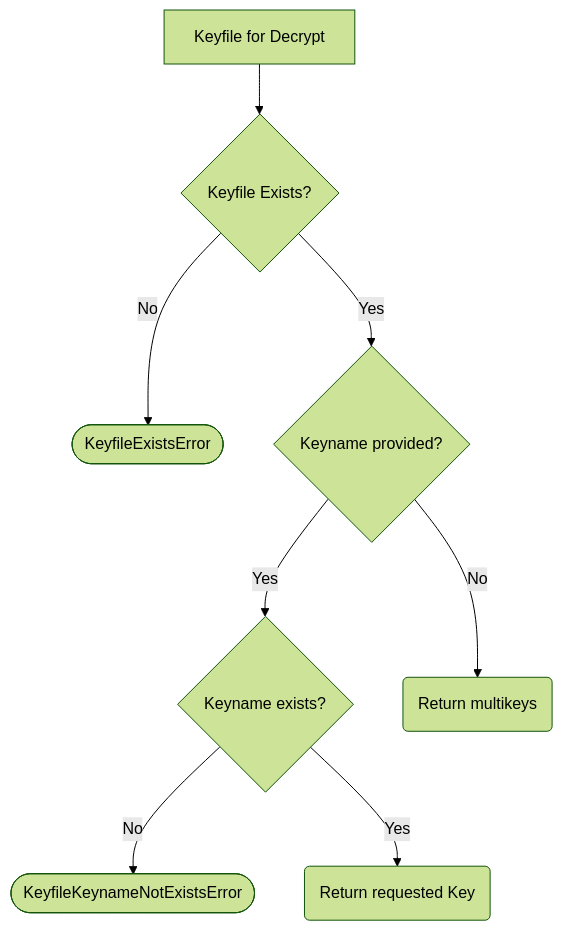
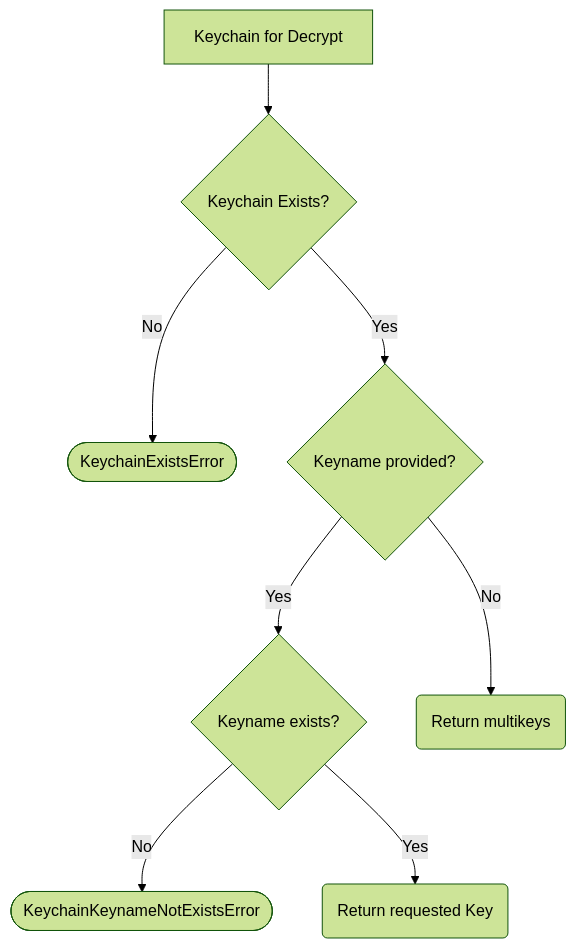
Before and after one commit to botanicode/pudica: the second of 4 diagrams in docs/flow.md, drawn with Mermaid (forest theme). The commit also changed other lines of this file and 10 other files, not shown here.

````diff
--- a/docs/flow.md
+++ b/docs/flow.md
@@ -24,19 +24,19 @@
 ```mermaid
 graph TD
-    A[Keyfile for Decrypt]
-    B{Keyfile Exists?}
-    C([KeyfileExistsError])
+    A[Keychain for Decrypt]
+    B{Keychain Exists?}
+    C([KeychainExistsError])
     D{Keyname provided?}
     E{Keyname exists?}
-    F([KeyfileKeynameNotExistsError])
+    F([KeychainKeynameNotExistsError])
     G(Return requested Key)
     H(Return multikeys)
 
     A --> B
     B -->|No| C
     B -->|Yes| D
     D -->|No| H
     D -->|Yes| E
     E -->|No| F
     E -->|Yes| G
 ```
````
